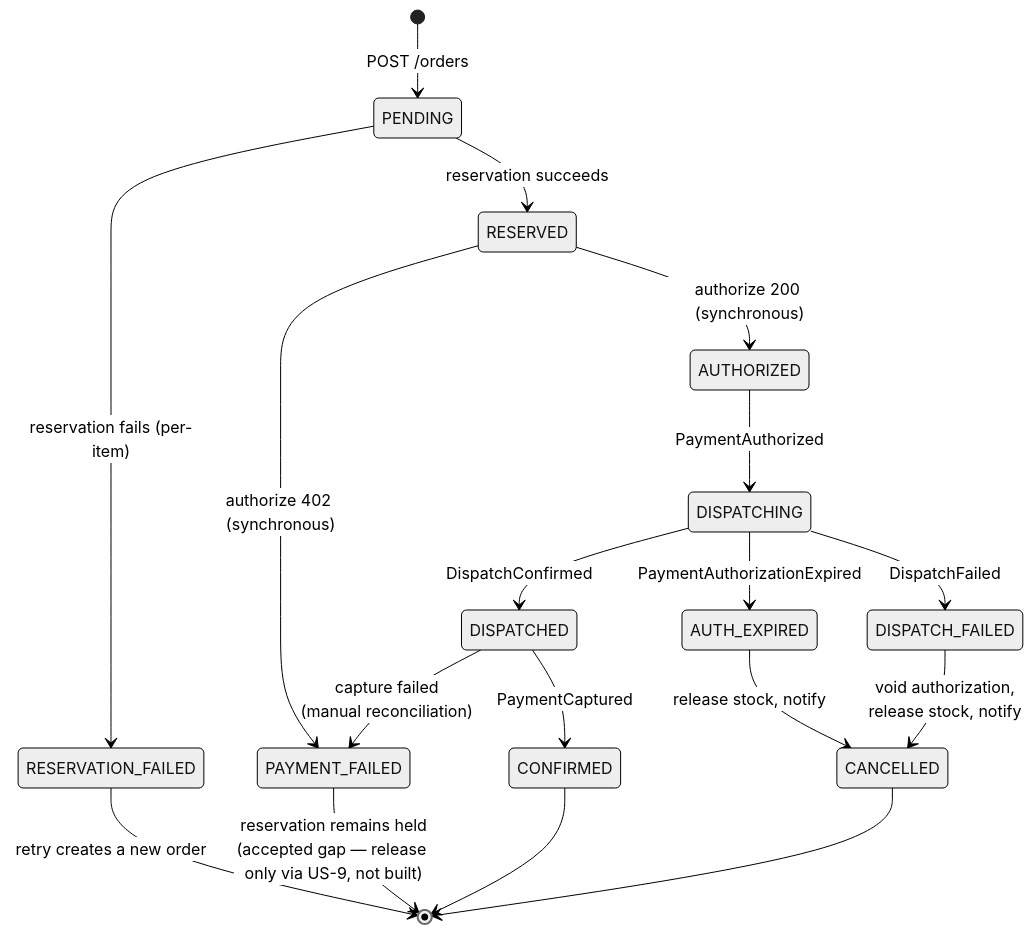
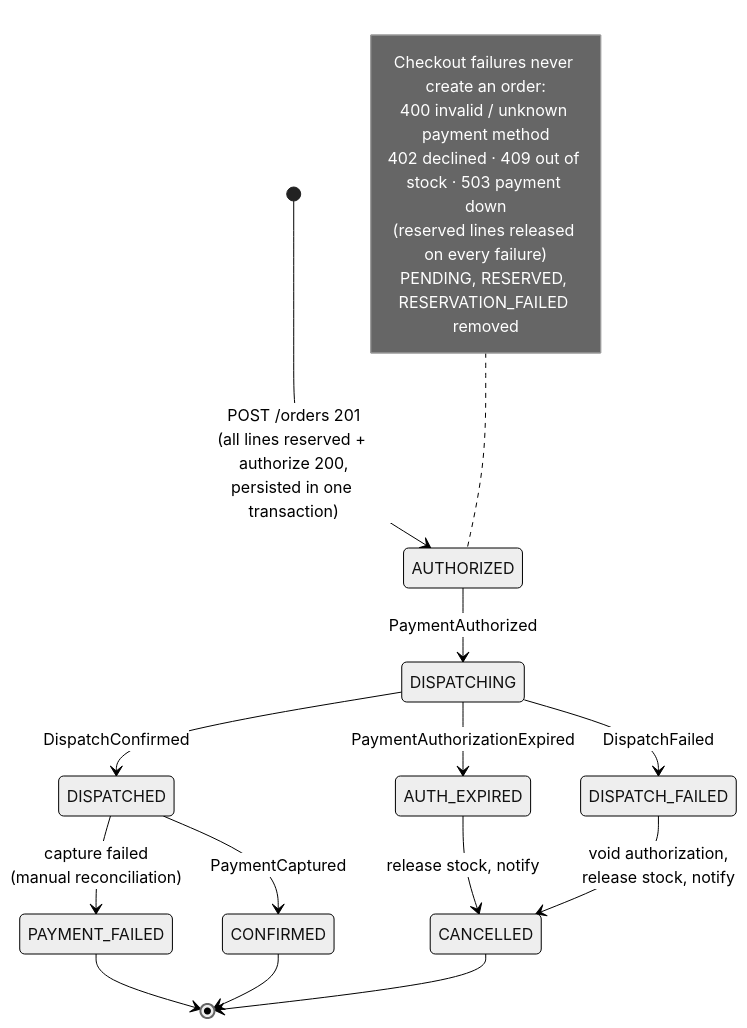
Before and after one commit to beckfordp/gluon: the diagram in docs/diagrams/order-state-model.mmd, drawn with Mermaid (neutral theme). The commit also changed 12 other files, not shown here.

Commit message:
docs(adr): Add ADR 0018 — no order row until authorized

```diff
--- a/docs/diagrams/order-state-model.mmd
+++ b/docs/diagrams/order-state-model.mmd
@@ -1,23 +1,25 @@
 stateDiagram-v2
-    [*] --> PENDING: POST /orders
-    PENDING --> RESERVED: reservation succeeds
-    PENDING --> RESERVATION_FAILED: reservation fails (per-item)
-    RESERVATION_FAILED --> [*]: retry creates a new order
+    [*] --> AUTHORIZED: POST /orders 201<br/>(all lines reserved + authorize 200,<br/>persisted in one transaction)
 
-    RESERVED --> PAYMENT_FAILED: authorize 402 (synchronous)
-    PAYMENT_FAILED --> [*]: reservation remains held<br/>(accepted gap — release only via US-9, not built)
+    note left of AUTHORIZED
+        Checkout failures never create an order:
+        400 invalid / unknown payment method
+        402 declined · 409 out of stock · 503 payment down
+        (reserved lines released on every failure)
+        PENDING, RESERVED, RESERVATION_FAILED removed
+    end note
 
-    RESERVED --> AUTHORIZED: authorize 200 (synchronous)
     AUTHORIZED --> DISPATCHING: PaymentAuthorized
     DISPATCHING --> DISPATCHED: DispatchConfirmed
     DISPATCHING --> DISPATCH_FAILED: DispatchFailed
     DISPATCHING --> AUTH_EXPIRED: PaymentAuthorizationExpired
 
     DISPATCHED --> CONFIRMED: PaymentCaptured
     DISPATCHED --> PAYMENT_FAILED: capture failed<br/>(manual reconciliation)
 
     AUTH_EXPIRED --> CANCELLED: release stock, notify
     DISPATCH_FAILED --> CANCELLED: void authorization,<br/>release stock, notify
 
+    PAYMENT_FAILED --> [*]
     CONFIRMED --> [*]
     CANCELLED --> [*]
```
